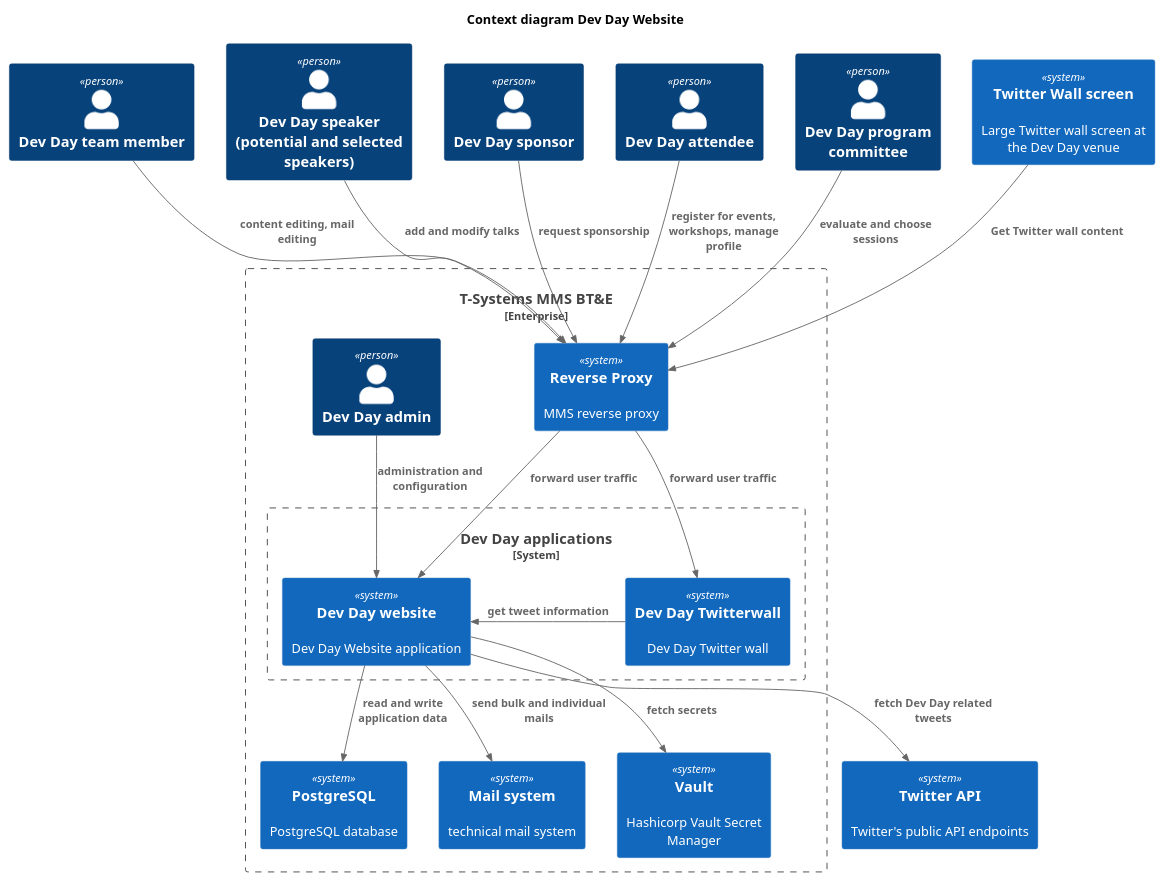
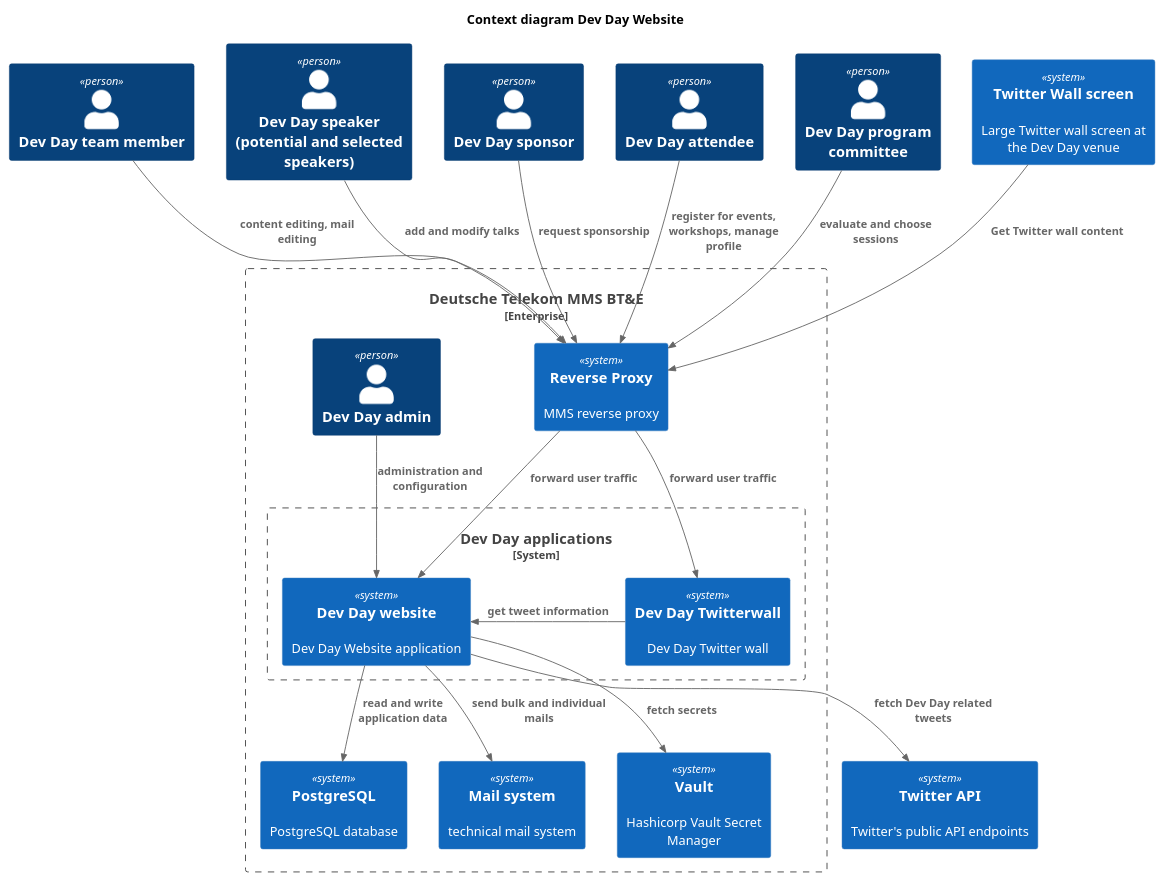
The diagram in docs/system_context.puml (devdaydresden/devday_website), drawn with PlantUML before and after one commit. The commit also changed 15 other files, not shown here.

Commit message:
Rename T-Systems MMS to Deutsche Telekom MMS

```diff
--- a/docs/system_context.puml
+++ b/docs/system_context.puml
@@ -1,48 +1,48 @@
 @startuml
 !include <C4/C4_Context.puml>
 
 title Context diagram Dev Day Website
 
-Enterprise_Boundary(MMSBT, "T-Systems MMS BT&E") {
+Enterprise_Boundary(MMSBT, "Deutsche Telekom MMS BT&E") {
   System(ReverseProxy, "Reverse Proxy", "MMS reverse proxy")
   System_Boundary(DevDay, "Dev Day applications") {
     System(DevDayWebsite, "Dev Day website", "Dev Day Website application")
     System(TwitterWall, "Dev Day Twitterwall", "Dev Day Twitter wall")
   }
   System(Vault, "Vault", "Hashicorp Vault Secret Manager")
   System(PostgreSQL, "PostgreSQL", "PostgreSQL database")
   System(TMS, "Mail system", "technical mail system")
 
   Person(DevDayAdmin, "Dev Day admin")
 }
 
 System(TwitterAPI, "Twitter API", "Twitter's public API endpoints")
 
 Person(DevDayTeam, "Dev Day team member")
 Person(DevDaySpeaker, "Dev Day speaker (potential and selected speakers)")
 Person(DevDaySponsor, "Dev Day sponsor")
 Person(DevDayAttendee, "Dev Day attendee")
 Person(DevDayCommittee, "Dev Day program committee")
 
 System(ScreenAtDevDay, "Twitter Wall screen", "Large Twitter wall screen at the Dev Day venue")
 
 Rel_D(ReverseProxy, DevDayWebsite, "forward user traffic")
 Rel_D(ReverseProxy, TwitterWall, "forward user traffic")
 
 Rel(ScreenAtDevDay, ReverseProxy, "Get Twitter wall content")
 
 Rel(DevDayWebsite, Vault, "fetch secrets")
 Rel(DevDayWebsite, PostgreSQL, "read and write application data")
 Rel(DevDayWebsite, TwitterAPI, "fetch Dev Day related tweets")
 Rel(DevDayWebsite, TMS, "send bulk and individual mails")
 
 Rel_R(TwitterWall, DevDayWebsite, "get tweet information")
 
 Rel(DevDayAdmin, DevDayWebsite, "administration and configuration")
 Rel(DevDayTeam, ReverseProxy, "content editing, mail editing")
 Rel(DevDaySponsor, ReverseProxy, "request sponsorship")
 Rel(DevDaySpeaker, ReverseProxy, "add and modify talks")
 Rel(DevDayAttendee, ReverseProxy, "register for events, workshops, manage profile")
 Rel(DevDayCommittee, ReverseProxy, "evaluate and choose sessions")
 
 @enduml
```
